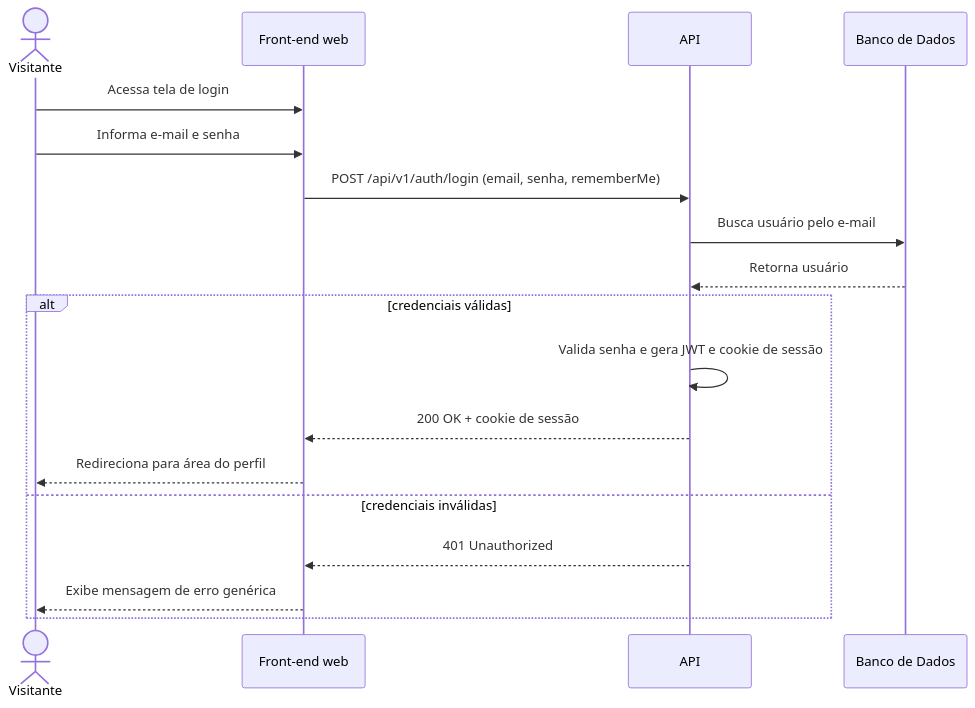
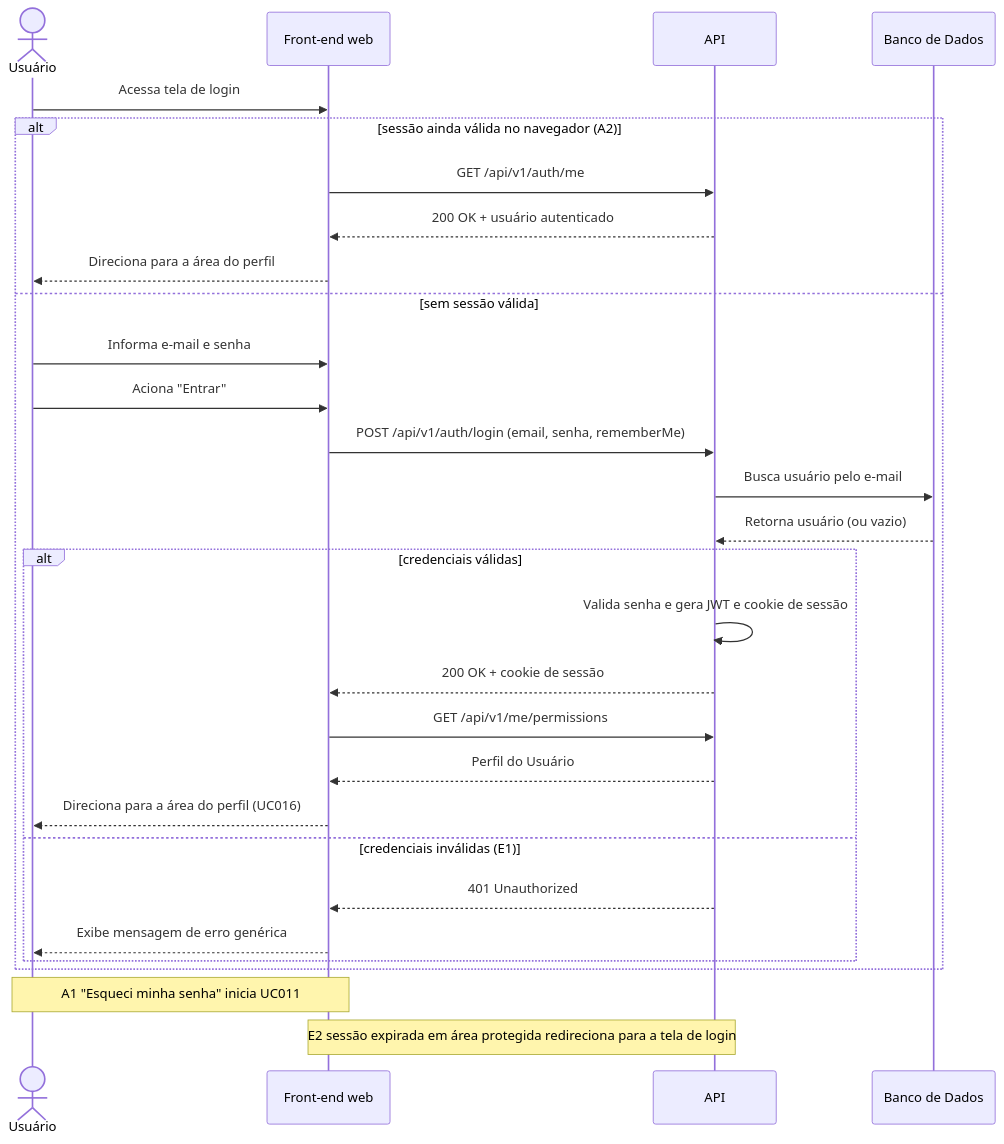
The diagram in docs/ssd/UC005-realizar-login.md (Plataforma-de-Cursos-TCC/plataforma-cursos-docs), drawn with Mermaid before and after one commit. The commit also changed other lines of this file and 17 other files, not shown here.

````diff
--- a/docs/ssd/UC005-realizar-login.md
+++ b/docs/ssd/UC005-realizar-login.md
@@ -5,21 +5,32 @@
 ```mermaid
 sequenceDiagram
-    actor Visitante
+    actor Usuário
     participant FE as Front-end web
     participant API
     participant DB as Banco de Dados
 
-    Visitante->>FE: Acessa tela de login
-    Visitante->>FE: Informa e-mail e senha
-    FE->>API: POST /api/v1/auth/login (email, senha, rememberMe)
-    API->>DB: Busca usuário pelo e-mail
-    DB-->>API: Retorna usuário
-    alt credenciais válidas
-        API->>API: Valida senha e gera JWT e cookie de sessão
-        API-->>FE: 200 OK + cookie de sessão
-        FE-->>Visitante: Redireciona para área do perfil
-    else credenciais inválidas
-        API-->>FE: 401 Unauthorized
-        FE-->>Visitante: Exibe mensagem de erro genérica
+    Usuário->>FE: Acessa tela de login
+    alt sessão ainda válida no navegador (A2)
+        FE->>API: GET /api/v1/auth/me
+        API-->>FE: 200 OK + usuário autenticado
+        FE-->>Usuário: Direciona para a área do perfil
+    else sem sessão válida
+        Usuário->>FE: Informa e-mail e senha
+        Usuário->>FE: Aciona "Entrar"
+        FE->>API: POST /api/v1/auth/login (email, senha, rememberMe)
+        API->>DB: Busca usuário pelo e-mail
+        DB-->>API: Retorna usuário (ou vazio)
+        alt credenciais válidas
+            API->>API: Valida senha e gera JWT e cookie de sessão
+            API-->>FE: 200 OK + cookie de sessão
+            FE->>API: GET /api/v1/me/permissions
+            API-->>FE: Perfil do Usuário
+            FE-->>Usuário: Direciona para a área do perfil (UC016)
+        else credenciais inválidas (E1)
+            API-->>FE: 401 Unauthorized
+            FE-->>Usuário: Exibe mensagem de erro genérica
+        end
     end
+    Note over Usuário,FE: A1 "Esqueci minha senha" inicia UC011
+    Note over FE,API: E2 sessão expirada em área protegida redireciona para a tela de login
 ```
````
